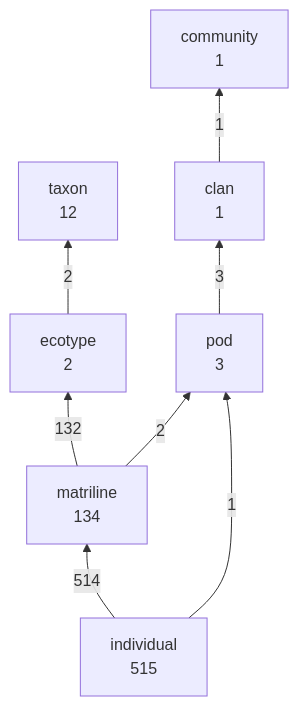
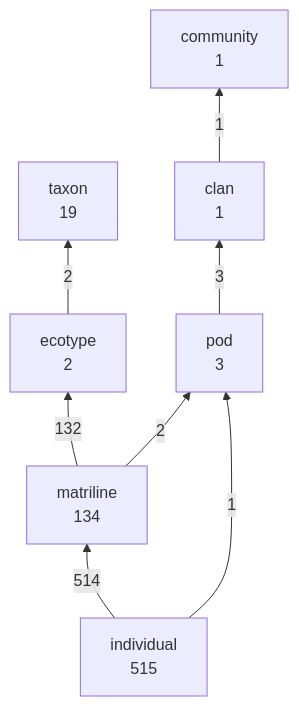
One commit to salish-sea/animals changed the first of 2 diagrams in dist/structure.md. Above: the diagram before and after it, drawn with Mermaid. The commit also changed 10 other files, not shown here.

````diff
--- a/dist/structure.md
+++ b/dist/structure.md
@@ -11,17 +11,17 @@
 ```mermaid
 graph BT
   clan["clan<br/>1"]
   community["community<br/>1"]
   ecotype["ecotype<br/>2"]
   individual["individual<br/>515"]
   matriline["matriline<br/>134"]
   pod["pod<br/>3"]
-  taxon["taxon<br/>12"]
+  taxon["taxon<br/>19"]
   individual -->|514| matriline
   matriline -->|132| ecotype
   pod -->|3| clan
   ecotype -->|2| taxon
   matriline -->|2| pod
   clan -->|1| community
   individual -->|1| pod
 ```
````
